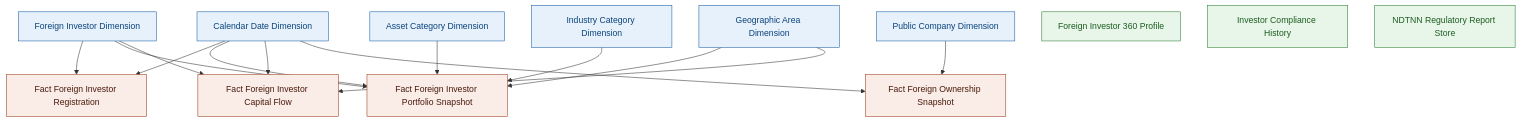
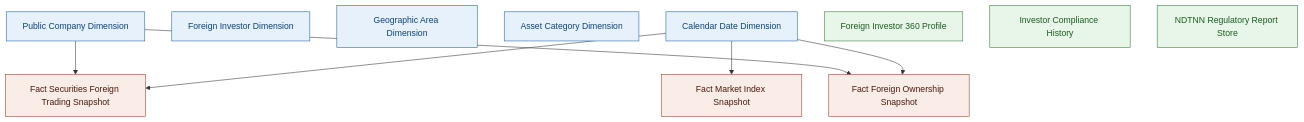
Before and after one commit to linhlvit/ubck_atomic_design: diagram 28 of 28 in Datamart/hld/DTM_NDTNN_HLD.md, drawn with Mermaid. The commit also changed other lines of this file and 9 other files, not shown here.

````diff
--- a/Datamart/hld/DTM_NDTNN_HLD.md
+++ b/Datamart/hld/DTM_NDTNN_HLD.md
@@ -1786,38 +1562,28 @@
 ```mermaid
 graph TB
     classDef dim fill:#E6F1FB,stroke:#185FA5,color:#0C447C
     classDef fact fill:#FAECE7,stroke:#993C1D,color:#4A1B0C
     classDef oper fill:#E8F5E9,stroke:#2E7D32,color:#1B5E20
 
     DIM_DATE["Calendar Date Dimension"]:::dim
     DIM_INVESTOR["Foreign Investor Dimension"]:::dim
     DIM_GEO["Geographic Area Dimension"]:::dim
     DIM_ASSET["Asset Category Dimension"]:::dim
-    DIM_INDUSTRY["Industry Category Dimension"]:::dim
     DIM_PUBCO["Public Company Dimension"]:::dim
 
-    FACT_REG["Fact Foreign Investor Registration"]:::fact
-    FACT_PORT["Fact Foreign Investor Portfolio Snapshot"]:::fact
-    FACT_FLOW["Fact Foreign Investor Capital Flow"]:::fact
+    FACT_TRADE["Fact Securities Foreign Trading Snapshot"]:::fact
     FACT_ROOM["Fact Foreign Ownership Snapshot"]:::fact
+    FACT_MKTIDX["Fact Market Index Snapshot"]:::fact
 
     OPR_PROFILE["Foreign Investor 360 Profile"]:::oper
     OPR_COMPLY["Investor Compliance History"]:::oper
     OPR_REPORT["NDTNN Regulatory Report Store"]:::oper
 
-    DIM_DATE --> FACT_REG
-    DIM_INVESTOR --> FACT_REG
-
-    DIM_DATE --> FACT_PORT
-    DIM_INVESTOR --> FACT_PORT
-    DIM_GEO --> FACT_PORT
-    DIM_ASSET --> FACT_PORT
-    DIM_INDUSTRY --> FACT_PORT
-
-    DIM_DATE --> FACT_FLOW
-    DIM_INVESTOR --> FACT_FLOW
-    DIM_GEO --> FACT_FLOW
+    DIM_DATE --> FACT_TRADE
+    DIM_PUBCO --> FACT_TRADE
 
     DIM_DATE --> FACT_ROOM
     DIM_PUBCO --> FACT_ROOM
+
+    DIM_DATE --> FACT_MKTIDX
 ```
````
